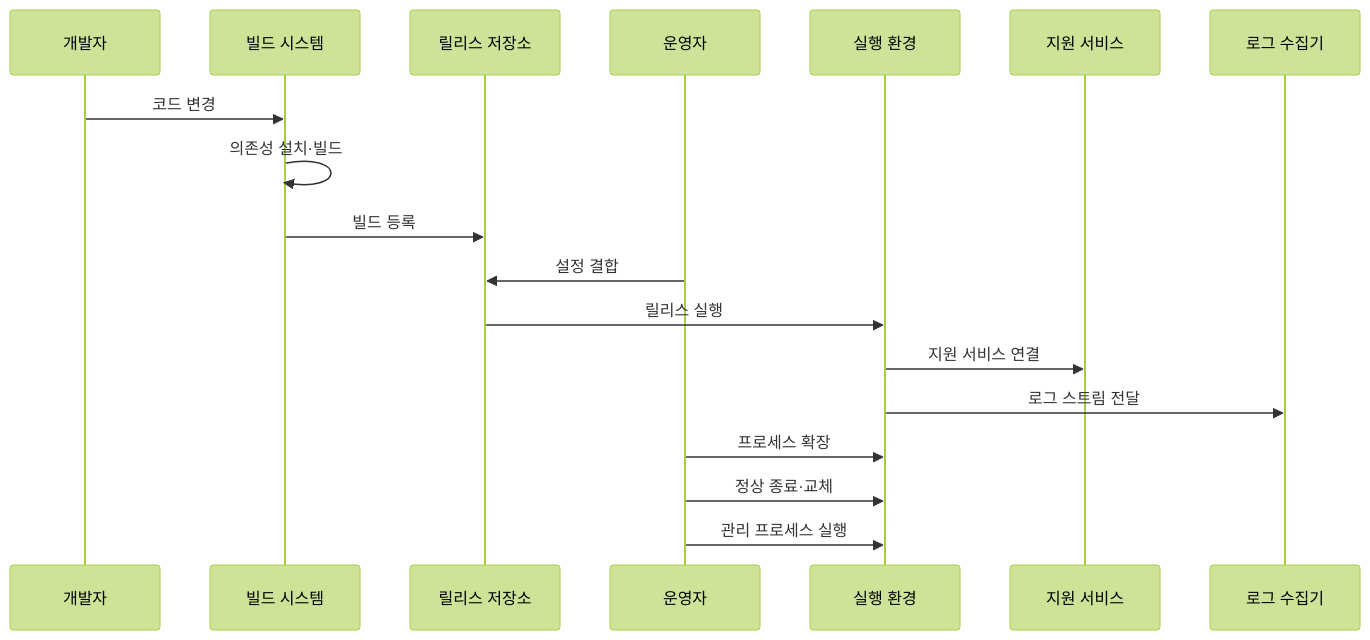
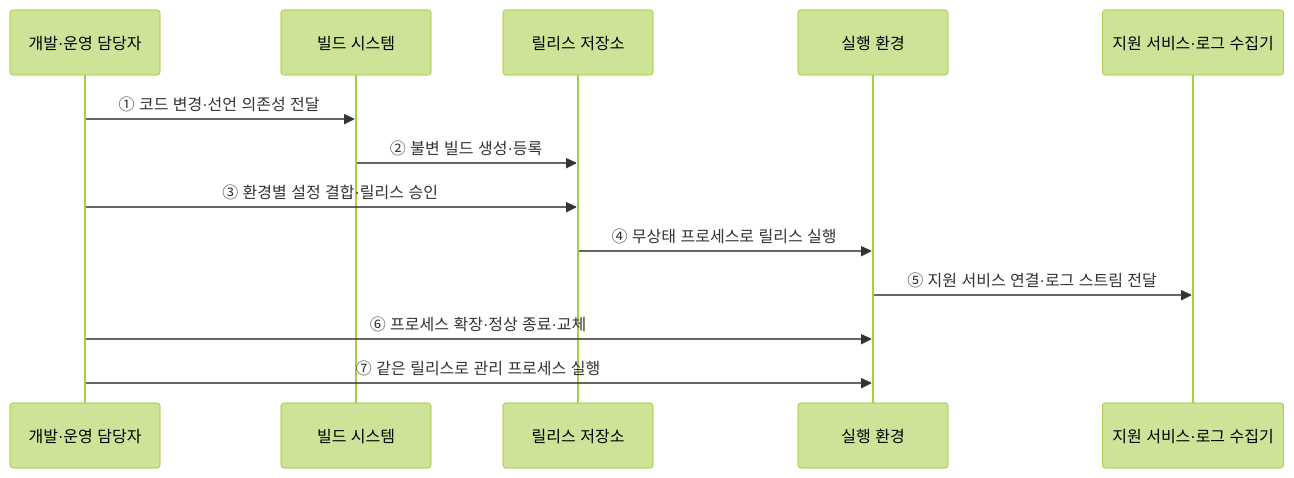
Before and after one commit to agnusdei1207/knowledge-base: the second of 2 diagrams in src/content/docs/notes/03-software/045_twelve_factor_app.md, drawn with Mermaid (forest theme). The commit also changed other lines of this file and 20 other files, not shown here.

````diff
--- a/src/content/docs/notes/03-software/045_twelve_factor_app.md
+++ b/src/content/docs/notes/03-software/045_twelve_factor_app.md
@@ -118,20 +99,15 @@
 ```mermaid
 sequenceDiagram
-    participant D as 개발자
+    participant D as 개발·운영 담당자
     participant B as 빌드 시스템
     participant R as 릴리스 저장소
-    participant O as 운영자
     participant P as 실행 환경
-    participant S as 지원 서비스
-    participant L as 로그 수집기
-    D->>B: 코드 변경
-    B->>B: 의존성 설치·빌드
-    B->>R: 빌드 등록
-    O->>R: 설정 결합
-    R->>P: 릴리스 실행
-    P->>S: 지원 서비스 연결
-    P->>L: 로그 스트림 전달
-    O->>P: 프로세스 확장
-    O->>P: 정상 종료·교체
-    O->>P: 관리 프로세스 실행
+    participant S as 지원 서비스·로그 수집기
+    D->>B: ① 코드 변경·선언 의존성 전달
+    B->>R: ② 불변 빌드 생성·등록
+    D->>R: ③ 환경별 설정 결합·릴리스 승인
+    R->>P: ④ 무상태 프로세스로 릴리스 실행
+    P->>S: ⑤ 지원 서비스 연결·로그 스트림 전달
+    D->>P: ⑥ 프로세스 확장·정상 종료·교체
+    D->>P: ⑦ 같은 릴리스로 관리 프로세스 실행
 ```
````
